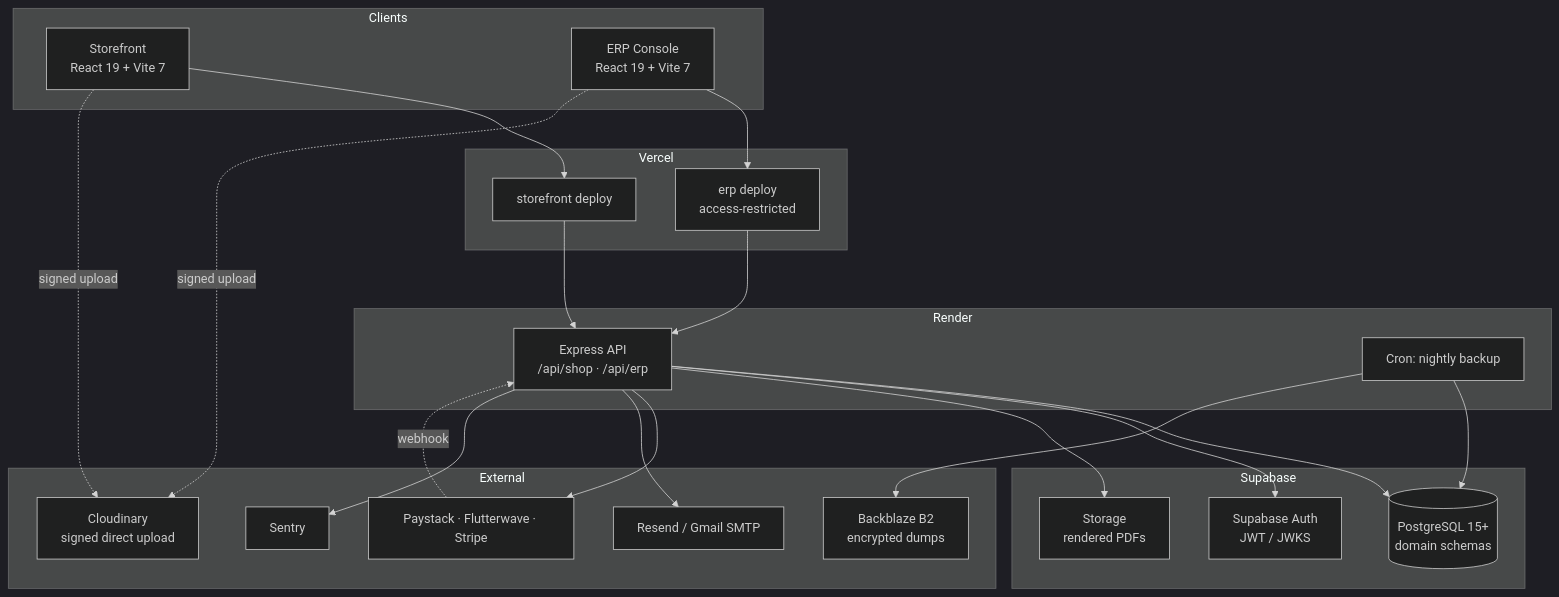
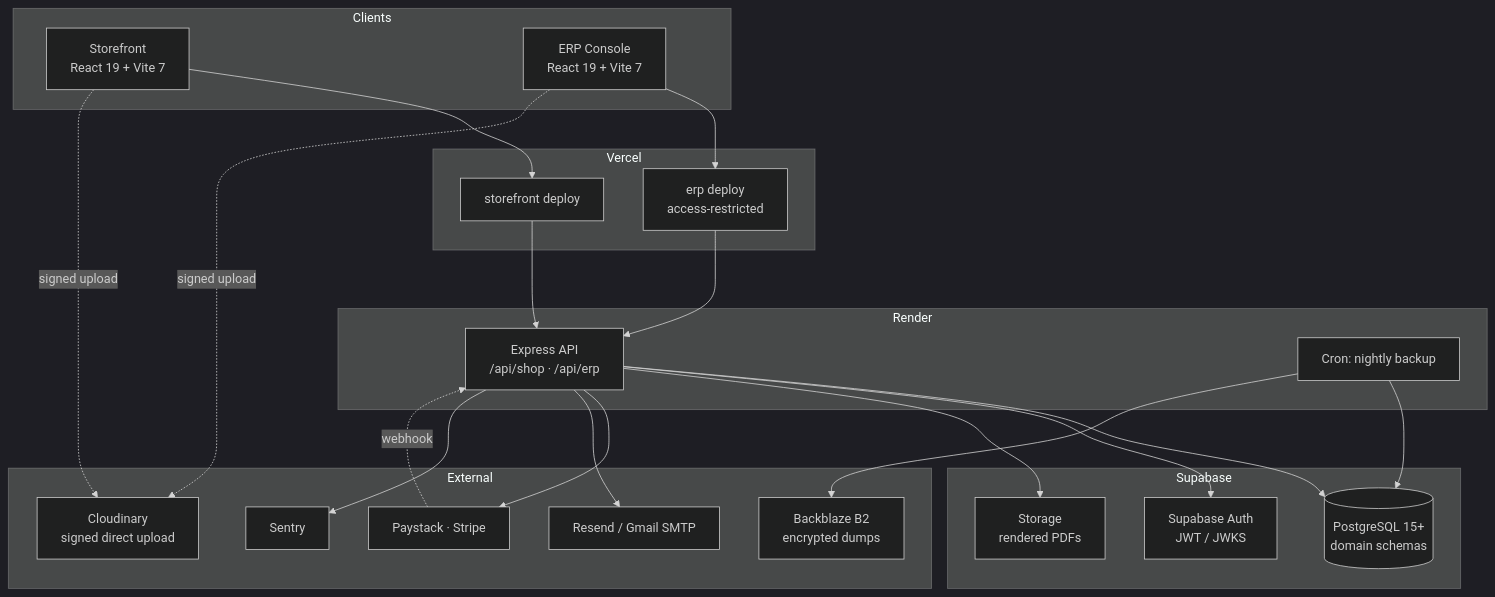
One commit to thegr8khalee/em_furniture_and_interior changed the diagram in context/01-system-overview.md. Above: the diagram before and after it, drawn with Mermaid (dark theme). The commit also changed other lines of this file and 39 other files, not shown here.

First line of the commit message:
refactor(payments): remove Flutterwave, Paystack is the sole NGN gateway

````diff
--- a/context/01-system-overview.md
+++ b/context/01-system-overview.md
@@ -73,41 +73,41 @@
 ```mermaid
 graph TB
     subgraph Clients
         SF["Storefront<br/>React 19 + Vite 7"]
         ERP["ERP Console<br/>React 19 + Vite 7"]
     end
     subgraph Edge["Vercel"]
         V1[storefront deploy]
         V2["erp deploy<br/>access-restricted"]
     end
     subgraph App["Render"]
         API["Express API<br/>/api/shop · /api/erp"]
         CRON["Cron: nightly backup"]
     end
     subgraph Data["Supabase"]
         PG[("PostgreSQL 15+<br/>domain schemas")]
         AUTH["Supabase Auth<br/>JWT / JWKS"]
         STO["Storage<br/>rendered PDFs"]
     end
     subgraph External
         CLD["Cloudinary<br/>signed direct upload"]
-        PAY["Paystack · Flutterwave · Stripe"]
+        PAY["Paystack · Stripe"]
         MAIL["Resend / Gmail SMTP"]
         B2["Backblaze B2<br/>encrypted dumps"]
         SEN["Sentry"]
     end
 
     SF --> V1 --> API
     ERP --> V2 --> API
     SF -.signed upload.-> CLD
     ERP -.signed upload.-> CLD
     API --> PG
     API --> AUTH
     API --> STO
     API --> PAY
     API --> MAIL
     API --> SEN
     PAY -.webhook.-> API
     CRON --> PG
     CRON --> B2
 ```
````
